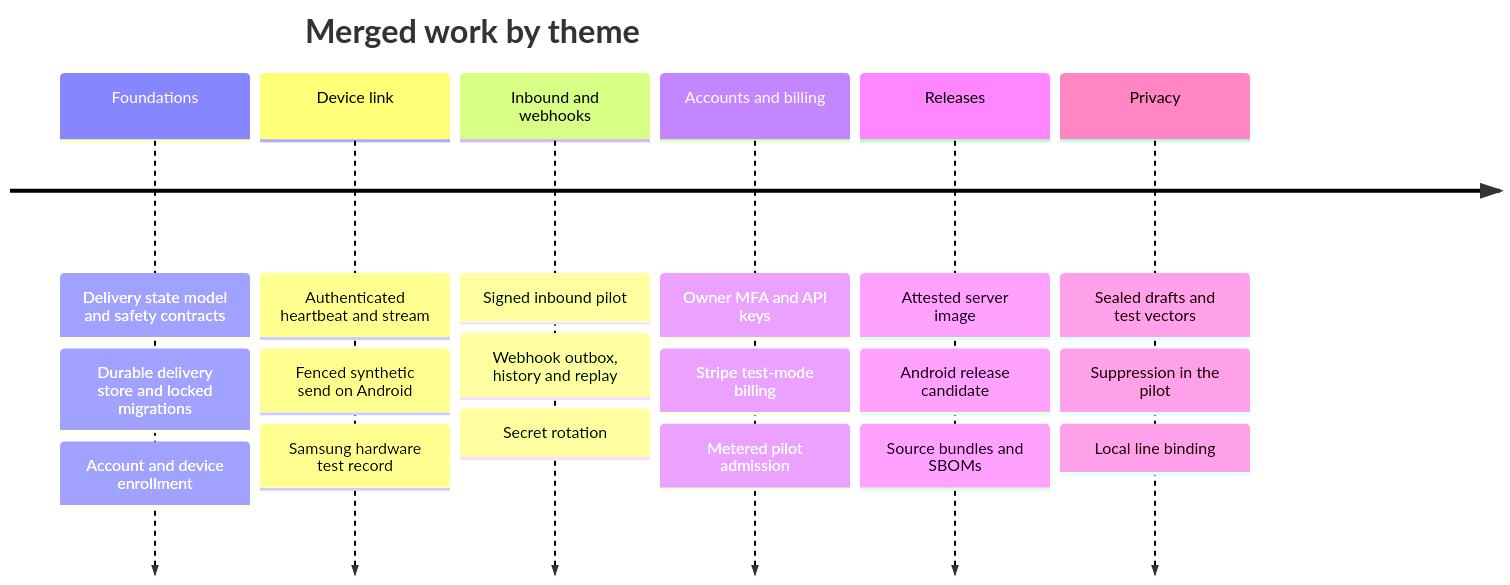
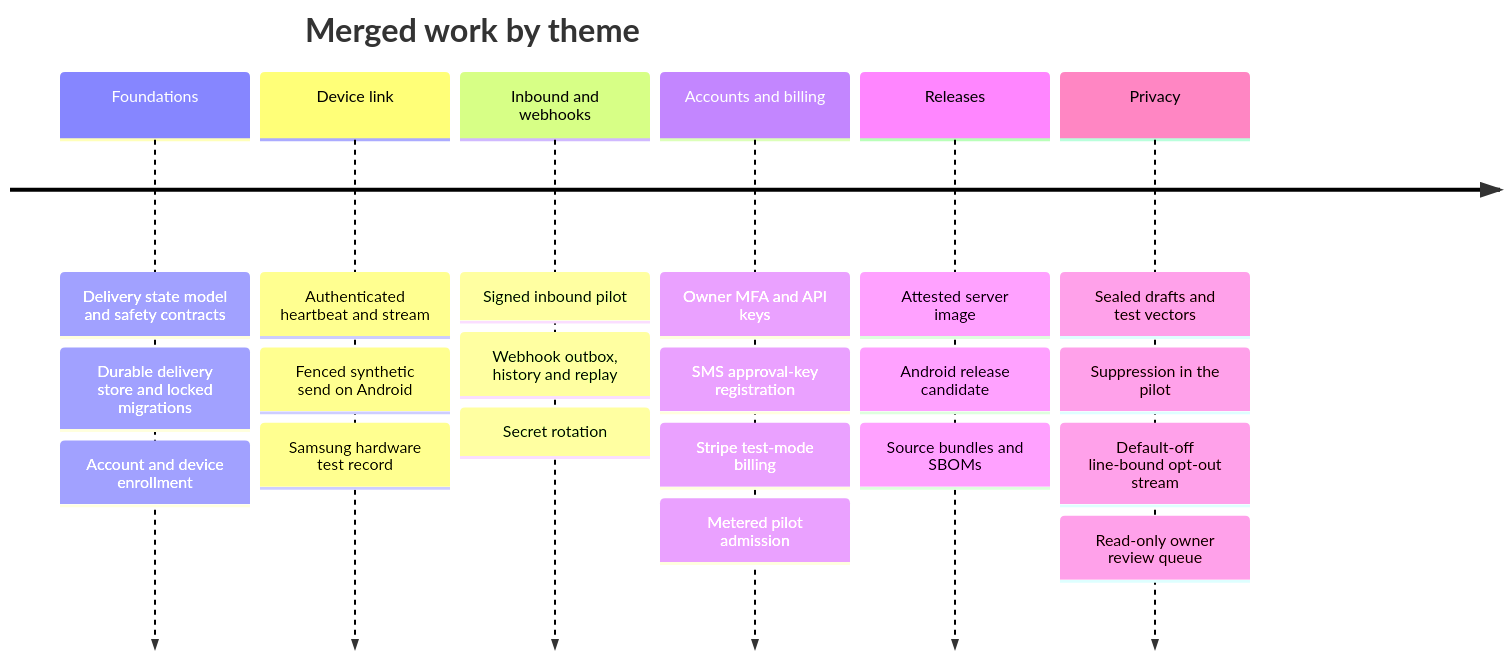
The fourth of 4 diagrams in docs/ROADMAP.md (pboachie/zrotext), drawn with Mermaid before and after one commit. The commit also changed other lines of this file and 7 other files, not shown here.

Commit message:
Connect the roadmap to customer workflows and AI use cases

````diff
--- a/docs/ROADMAP.md
+++ b/docs/ROADMAP.md
@@ -343,10 +490,10 @@
 ```mermaid
 timeline
     title Merged work by theme
     Foundations : Delivery state model and safety contracts : Durable delivery store and locked migrations : Account and device enrollment
     Device link : Authenticated heartbeat and stream : Fenced synthetic send on Android : Samsung hardware test record
     Inbound and webhooks : Signed inbound pilot : Webhook outbox, history and replay : Secret rotation
-    Accounts and billing : Owner MFA and API keys : Stripe test-mode billing : Metered pilot admission
+    Accounts and billing : Owner MFA and API keys : SMS approval-key registration : Stripe test-mode billing : Metered pilot admission
     Releases : Attested server image : Android release candidate : Source bundles and SBOMs
-    Privacy : Sealed drafts and test vectors : Suppression in the pilot : Local line binding
+    Privacy : Sealed drafts and test vectors : Suppression in the pilot : Default-off line-bound opt-out stream : Read-only owner review queue
 ```
````
